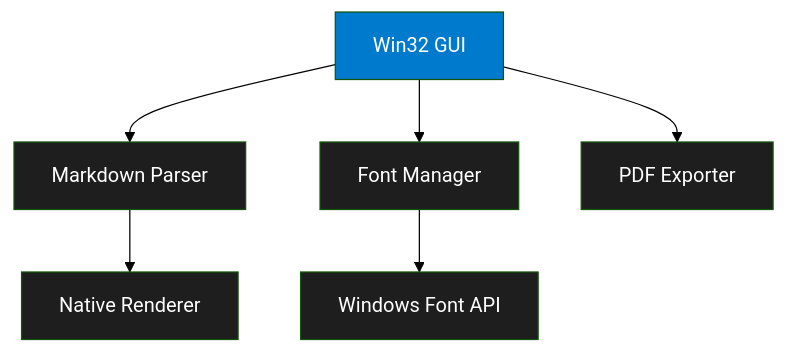
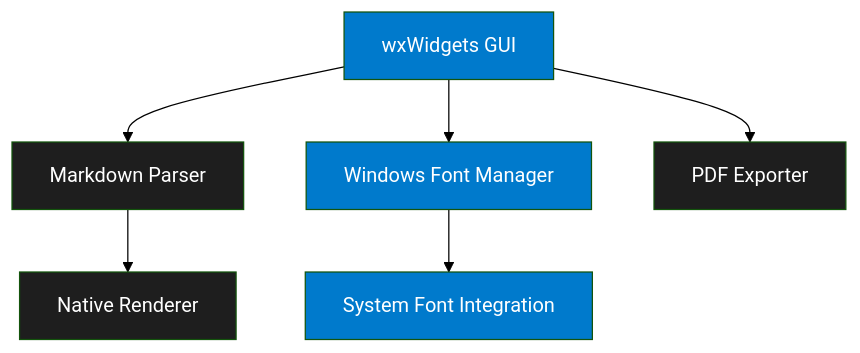
Before and after one commit to mikl0s/MDV: the diagram in README.md, drawn with Mermaid (forest theme). The commit also changed other lines of this file and 7 other files, not shown here.

````diff
--- a/README.md
+++ b/README.md
@@ -59,14 +59,14 @@
 ```mermaid
 graph TD
-    A[Win32 GUI] --> B[Markdown Parser]
+    A[wxWidgets GUI] --> B[Markdown Parser]
     B --> C[Native Renderer]
-    A --> D[Font Manager]
-    D --> E[Windows Font API]
+    A --> D[Windows Font Manager]
+    D --> E[System Font Integration]
     A --> F[PDF Exporter]
     style A fill:#007ACC,color:white
     style B fill:#1E1E1E,color:white
     style C fill:#1E1E1E,color:white
-    style D fill:#1E1E1E,color:white
-    style E fill:#1E1E1E,color:white
+    style D fill:#007ACC,color:white
+    style E fill:#007ACC,color:white
     style F fill:#1E1E1E,color:white
 ```
````
